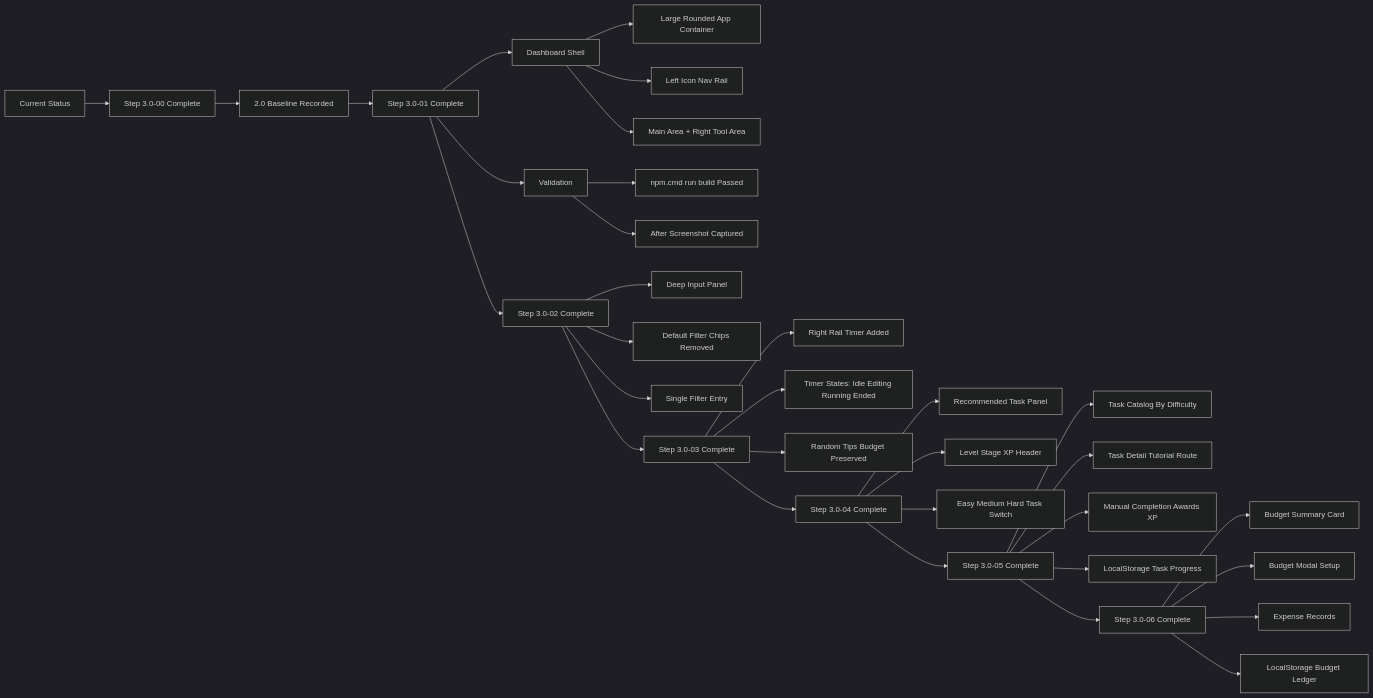
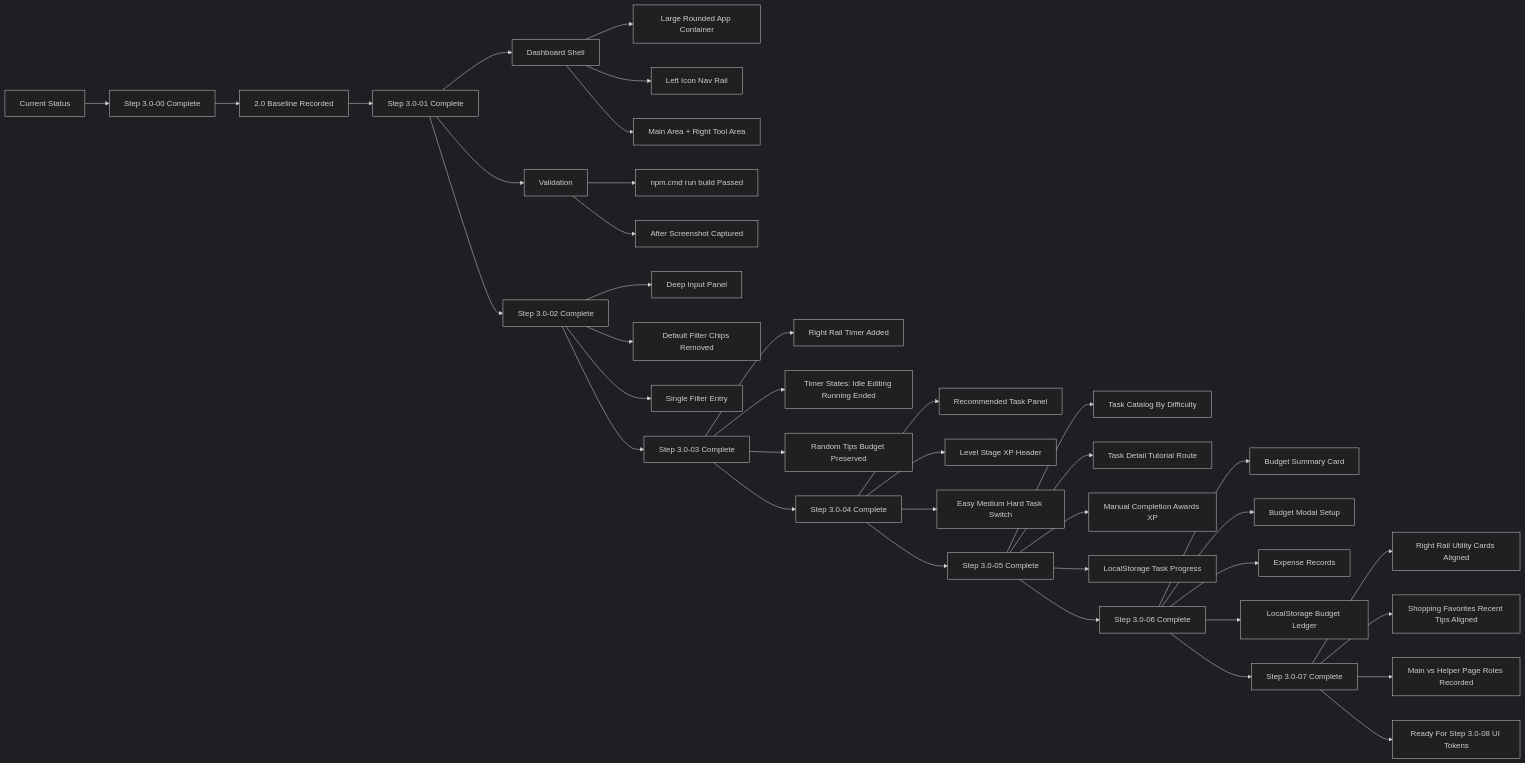
Before and after one commit to nouri247351793-dotcom/cooking-ai-planner: the diagram in 2_coding_documentation/09_v3_upgrade/04_flowcharts_v3/current_status_v3.mmd, drawn with Mermaid (dark theme). The commit also changed 15 other files, not shown here.

First line of the commit message:
[step-3.0-07][style] align utility cards and first-level pages

```diff
--- a/2_coding_documentation/09_v3_upgrade/04_flowcharts_v3/current_status_v3.mmd
+++ b/2_coding_documentation/09_v3_upgrade/04_flowcharts_v3/current_status_v3.mmd
@@ -1,36 +1,41 @@
 flowchart LR
   A[Current Status] --> B[Step 3.0-00 Complete]
   B --> C[2.0 Baseline Recorded]
   C --> D[Step 3.0-01 Complete]
 
   D --> E[Dashboard Shell]
   E --> F[Large Rounded App Container]
   E --> G[Left Icon Nav Rail]
   E --> H[Main Area + Right Tool Area]
 
   D --> I[Validation]
   I --> J[npm.cmd run build Passed]
   I --> K[After Screenshot Captured]
 
   D --> L[Step 3.0-02 Complete]
   L --> M[Deep Input Panel]
   L --> N[Default Filter Chips Removed]
   L --> O[Single Filter Entry]
   L --> P[Step 3.0-03 Complete]
   P --> Q[Right Rail Timer Added]
   P --> R[Timer States: Idle Editing Running Ended]
   P --> S[Random Tips Budget Preserved]
   P --> T[Step 3.0-04 Complete]
   T --> U[Recommended Task Panel]
   T --> V[Level Stage XP Header]
   T --> W[Easy Medium Hard Task Switch]
   T --> X[Step 3.0-05 Complete]
   X --> Y[Task Catalog By Difficulty]
   X --> Z[Task Detail Tutorial Route]
   X --> AA[Manual Completion Awards XP]
   X --> AB[LocalStorage Task Progress]
   X --> AC[Step 3.0-06 Complete]
   AC --> AD[Budget Summary Card]
   AC --> AE[Budget Modal Setup]
   AC --> AF[Expense Records]
   AC --> AG[LocalStorage Budget Ledger]
+  AC --> AH[Step 3.0-07 Complete]
+  AH --> AI[Right Rail Utility Cards Aligned]
+  AH --> AJ[Shopping Favorites Recent Tips Aligned]
+  AH --> AK[Main vs Helper Page Roles Recorded]
+  AH --> AL[Ready For Step 3.0-08 UI Tokens]
```
